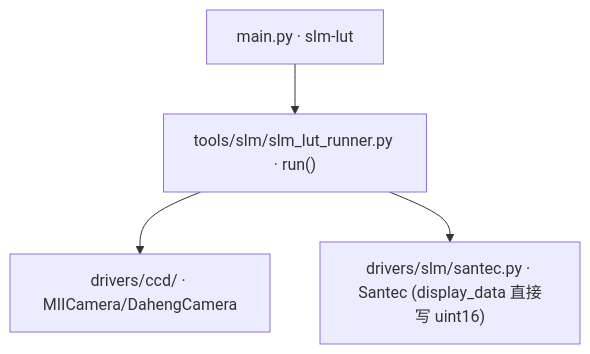
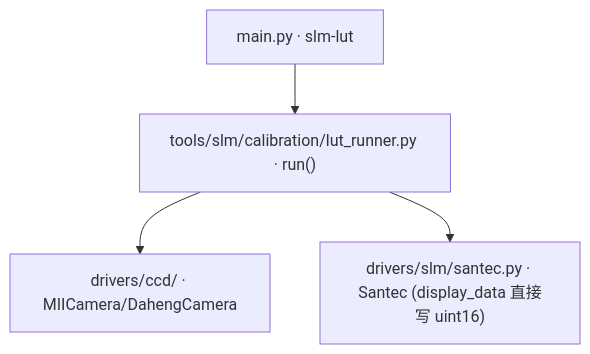
One commit to ywzhang909/AO-shaping changed the diagram in docs/slm/slm_lut.md. Above: the diagram before and after it, drawn with Mermaid. The commit also changed other lines of this file and 35 other files, not shown here.

````diff
--- a/docs/slm/slm_lut.md
+++ b/docs/slm/slm_lut.md
@@ -13,11 +11,11 @@
 ```mermaid
 graph TD
     CLI["main.py · slm-lut"]
-    RUN["tools/slm/slm_lut_runner.py · run()"]
+    RUN["tools/slm/calibration/lut_runner.py · run()"]
     CCD["drivers/ccd/ · MIICamera/DahengCamera"]
     SLM["drivers/slm/santec.py · Santec (display_data 直接写 uint16)"]
     
     CLI --> RUN
     RUN --> CCD
     RUN --> SLM
 ```
````
